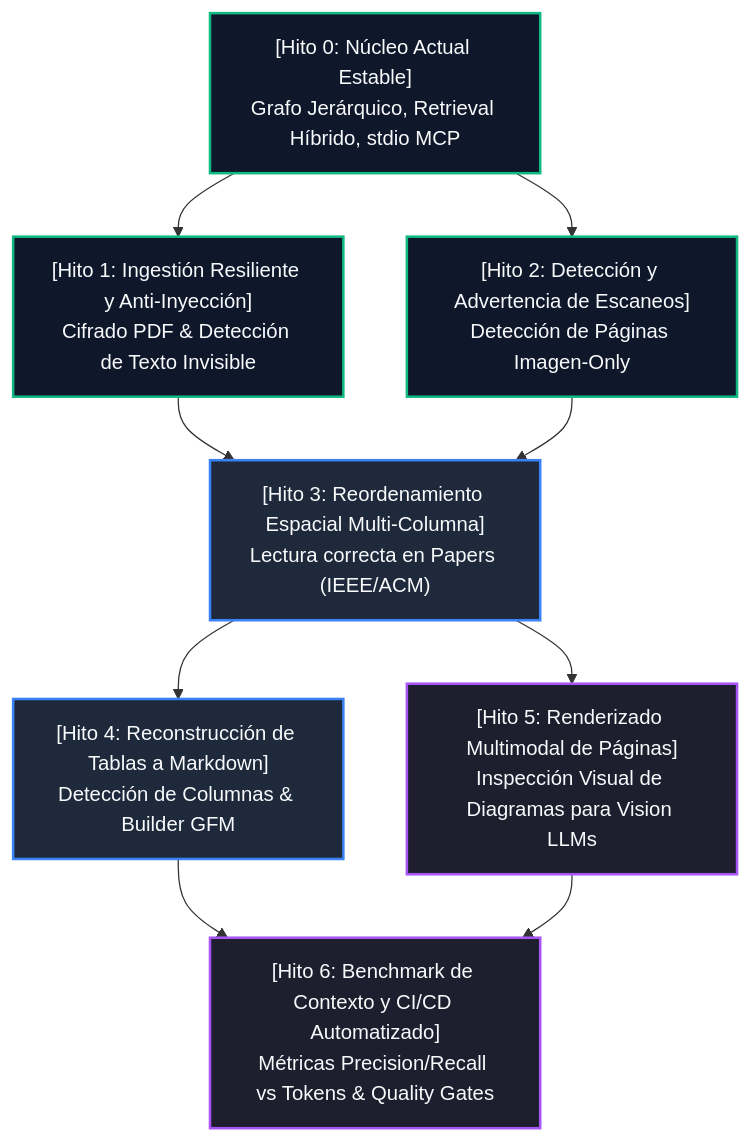
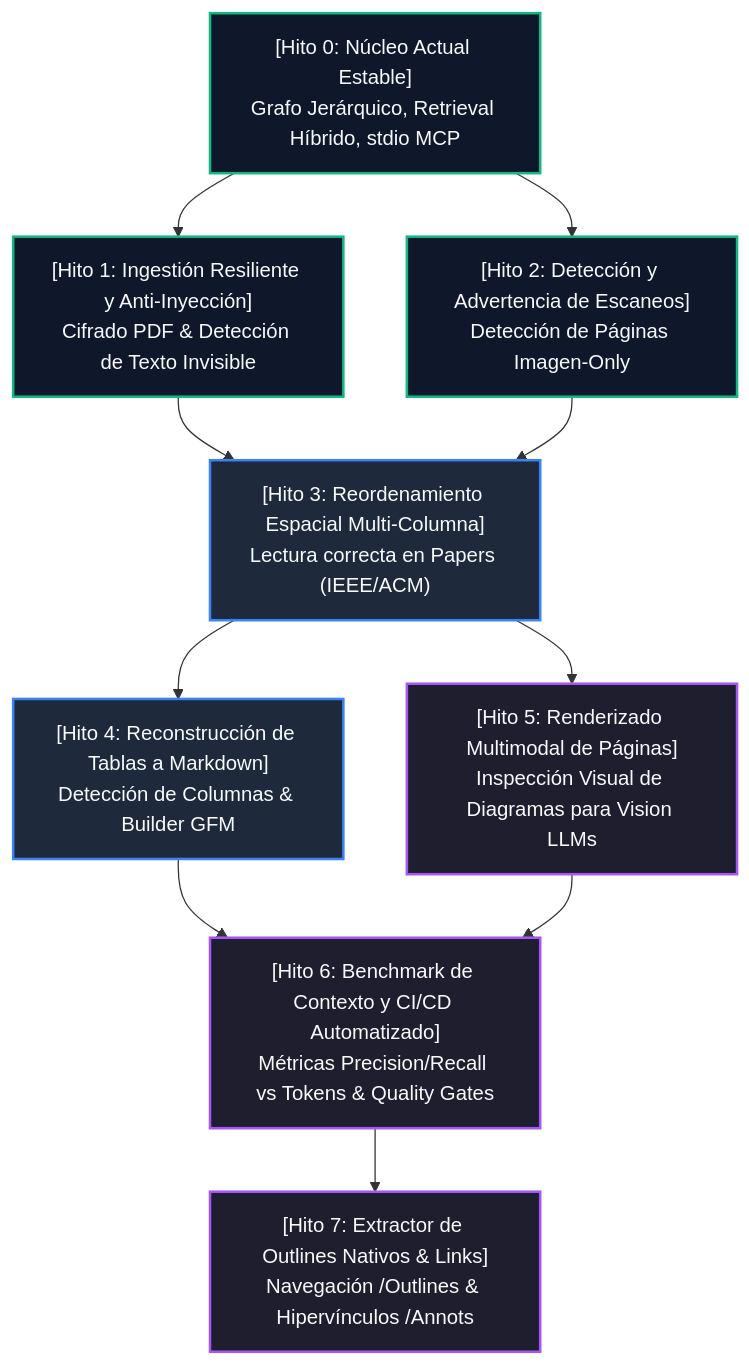
The diagram in docs/milestones-roadmap.md (yoiberdev/docugraph-mcp), drawn with Mermaid before and after one commit. The commit also changed other lines of this file and 16 other files, not shown here.

Commit message:
feat(links): extract native outlines and hyperlink graph (milestone 7)

````diff
--- a/docs/milestones-roadmap.md
+++ b/docs/milestones-roadmap.md
@@ -17,23 +17,25 @@
 ```mermaid
 graph TD
     classDef milestone fill:#1e293b,stroke:#3b82f6,stroke-width:2px,color:#f8fafc;
     classDef foundation fill:#0f172a,stroke:#10b981,stroke-width:2px,color:#f8fafc;
     classDef advanced fill:#1e1e2e,stroke:#a855f7,stroke-width:2px,color:#f8fafc;
 
     M0["[Hito 0: Núcleo Actual Estable]<br/>Grafo Jerárquico, Retrieval Híbrido, stdio MCP"]:::foundation
     M1["[Hito 1: Ingestión Resiliente y Anti-Inyección]<br/>Cifrado PDF & Detección de Texto Invisible"]:::foundation
     M2["[Hito 2: Detección y Advertencia de Escaneos]<br/>Detección de Páginas Imagen-Only"]:::foundation
     M3["[Hito 3: Reordenamiento Espacial Multi-Columna]<br/>Lectura correcta en Papers (IEEE/ACM)"]:::milestone
     M4["[Hito 4: Reconstrucción de Tablas a Markdown]<br/>Detección de Columnas & Builder GFM"]:::milestone
     M5["[Hito 5: Renderizado Multimodal de Páginas]<br/>Inspección Visual de Diagramas para Vision LLMs"]:::advanced
     M6["[Hito 6: Benchmark de Contexto y CI/CD Automatizado]<br/>Métricas Precision/Recall vs Tokens & Quality Gates"]:::advanced
+    M7["[Hito 7: Extractor de Outlines Nativos & Links]<br/>Navegación /Outlines & Hipervínculos /Annots"]:::advanced
 
     M0 --> M1
     M0 --> M2
     M1 --> M3
     M2 --> M3
     M3 --> M4
     M3 --> M5
     M4 --> M6
     M5 --> M6
+    M6 --> M7
 ```
````
